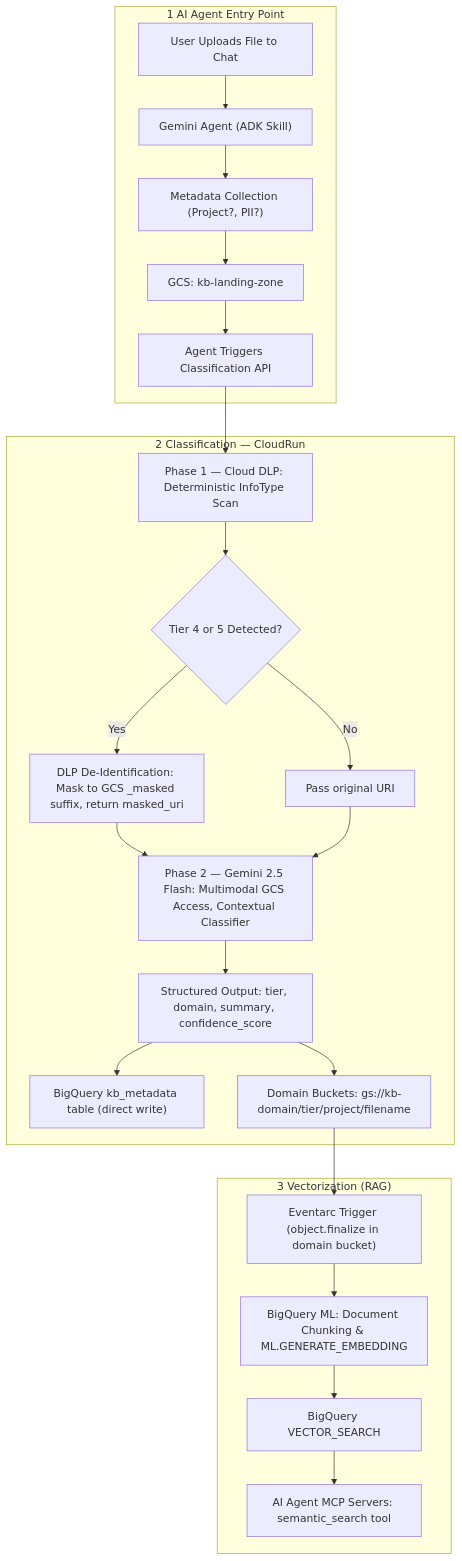
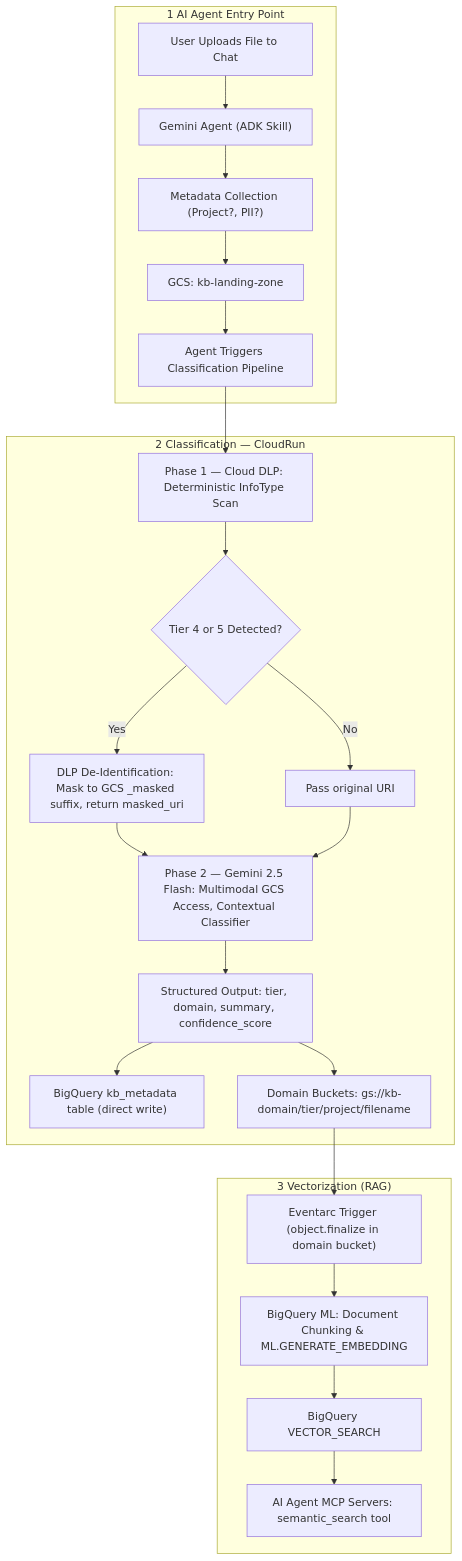
One commit to eamadorm-endava/Research-Agent changed the diagram in docs/Data-Pipelines/Enterprise-Knowledge-Base/Design.md. Above: the diagram before and after it, drawn with Mermaid.

Commit message:
Rename Classification API to Classification Pipeline

````diff
--- a/docs/Data-Pipelines/Enterprise-Knowledge-Base/Design.md
+++ b/docs/Data-Pipelines/Enterprise-Knowledge-Base/Design.md
@@ -26,28 +26,28 @@
 ```mermaid
 flowchart TD
     subgraph AGENT["1 AI Agent Entry Point"]
         Z["User Uploads File to Chat"] --> Y["Gemini Agent (ADK Skill)"]
         Y --> X["Metadata Collection (Project?, PII?)"]
         X --> B["GCS: kb-landing-zone"]
-        B --> C["Agent Triggers Classification API"]
+        B --> C["Agent Triggers Classification Pipeline"]
     end
 
     subgraph CLASSIFY["2 Classification — CloudRun"]
         C --> D["Phase 1 — Cloud DLP: Deterministic InfoType Scan"]
         D --> DG{"Tier 4 or 5 Detected?"}
         DG -- Yes --> DM["DLP De-Identification: Mask to GCS _masked suffix, return masked_uri"]
         DG -- No --> DP["Pass original URI"]
         DM --> E["Phase 2 — Gemini 2.5 Flash: Multimodal GCS Access, Contextual Classifier"]
         DP --> E
         E --> F["Structured Output: tier, domain, summary, confidence_score"]
         F --> K["BigQuery kb_metadata table (direct write)"]
         F --> H["Domain Buckets: gs://kb-domain/tier/project/filename"]
     end
 
     subgraph VECTOR["3 Vectorization (RAG)"]
         H --> L["Eventarc Trigger (object.finalize in domain bucket)"]
         L --> N["BigQuery ML: Document Chunking & ML.GENERATE_EMBEDDING"]
         N --> O["BigQuery VECTOR_SEARCH"]
         O --> P["AI Agent MCP Servers: semantic_search tool"]
     end
 ```
````
